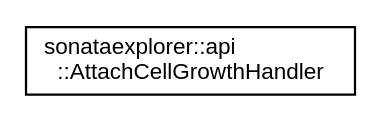
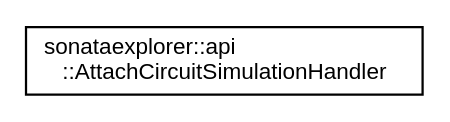
The diagram in docs/inherit_graph_219.dot (BlueBrain/BioExplorer), drawn with Graphviz before and after one commit. The commit also changed 679 other files, not shown here.

```diff
--- a/docs/inherit_graph_219.dot
+++ b/docs/inherit_graph_219.dot
@@ -1,8 +1,8 @@
 digraph "Graphical Class Hierarchy"
 {
  // LATEX_PDF_SIZE
   edge [fontname="Helvetica",fontsize="10",labelfontname="Helvetica",labelfontsize="10"];
   node [fontname="Helvetica",fontsize="10",shape=record];
   rankdir="LR";
-  Node0 [label="sonataexplorer::api\l::AttachCellGrowthHandler",height=0.2,width=0.4,color="black", fillcolor="white", style="filled",URL="$d5/de4/structsonataexplorer_1_1api_1_1AttachCellGrowthHandler.html",tooltip=" "];
+  Node0 [label="sonataexplorer::api\l::AttachCircuitSimulationHandler",height=0.2,width=0.4,color="black", fillcolor="white", style="filled",URL="$d7/db5/structsonataexplorer_1_1api_1_1AttachCircuitSimulationHandler.html",tooltip=" "];
 }
```
